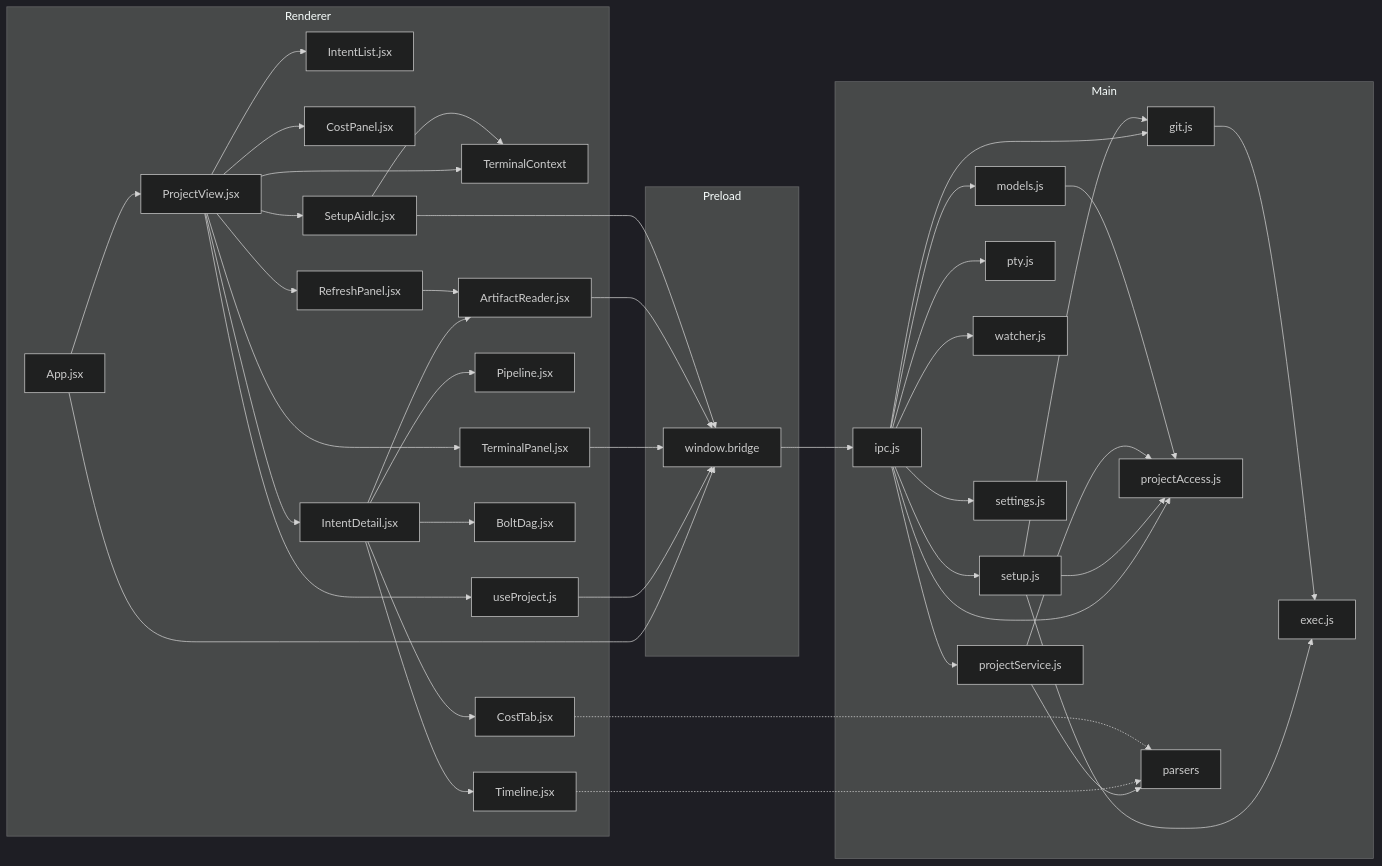
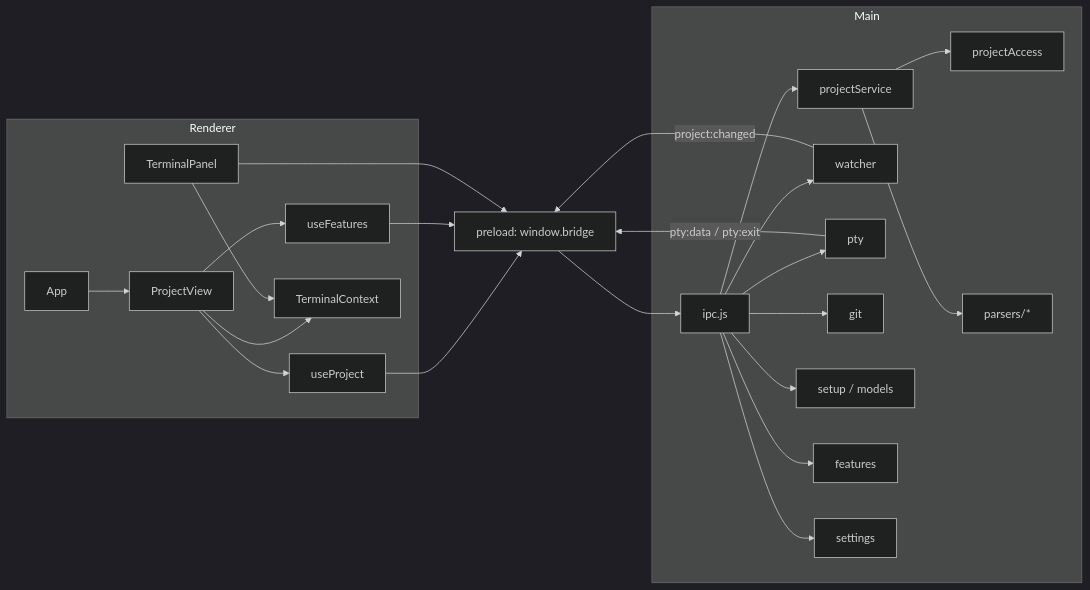
The second of 4 diagrams in aidlc/spaces/default/codekb/aidlc-dash/architecture.md (tochman/ai-dlc-thadeus), drawn with Mermaid (dark theme) before and after one commit. The commit also changed other lines of this file and 74 other files, not shown here.

````diff
--- a/aidlc/spaces/default/codekb/aidlc-dash/architecture.md
+++ b/aidlc/spaces/default/codekb/aidlc-dash/architecture.md
@@ -19,49 +49,28 @@
 ```mermaid
 flowchart LR
   subgraph Renderer
-    App[App.jsx] --> PV[ProjectView.jsx]
-    PV --> TC[TerminalContext]
-    PV --> UP[useProject.js]
-    PV --> IL[IntentList.jsx]
-    PV --> CP[CostPanel.jsx]
-    PV --> RP[RefreshPanel.jsx]
-    PV --> SA[SetupAidlc.jsx]
-    PV --> ID[IntentDetail.jsx]
-    PV --> TP[TerminalPanel.jsx]
-    ID --> PL[Pipeline.jsx]
-    ID --> TL[Timeline.jsx]
-    ID --> BD[BoltDag.jsx]
-    ID --> CT[CostTab.jsx]
-    ID --> AR[ArtifactReader.jsx]
-    RP --> AR
-    SA --> TC
+    App --> ProjectView
+    ProjectView --> useProject
+    ProjectView --> useFeatures
+    ProjectView --> TerminalContext
+    TerminalPanel --> TerminalContext
   end
-  subgraph Preload
-    BR[window.bridge]
+  Preload["preload: window.bridge"]
+  subgraph MainProc["Main"]
+    IPC["ipc.js"] --> PS["projectService"]
+    IPC --> W["watcher"]
+    IPC --> PTY["pty"]
+    IPC --> G["git"]
+    IPC --> S["setup / models"]
+    IPC --> F["features"]
+    IPC --> ST["settings"]
+    PS --> PA["projectAccess"]
+    PS --> P["parsers/*"]
   end
-  subgraph Main
-    IPC[ipc.js] --> PS[projectService.js]
-    IPC --> MD[models.js]
-    IPC --> PTY[pty.js]
-    IPC --> WT[watcher.js]
-    IPC --> ST[settings.js]
-    IPC --> GT[git.js]
-    IPC --> SU[setup.js]
-    IPC --> PA[projectAccess.js]
-    SU --> EX[exec.js]
-    SU --> GT
-    SU --> PA
-    GT --> EX
-    PS --> PA
-    MD --> PA
-    PS --> PR[parsers]
-  end
-  App --> BR
-  UP --> BR
-  TP --> BR
-  AR --> BR
-  SA --> BR
-  BR --> IPC
-  TL -.-> PR
-  CT -.-> PR
+  useProject --> Preload
+  useFeatures --> Preload
+  TerminalPanel --> Preload
+  Preload --> IPC
+  W -- "project:changed" --> Preload
+  PTY -- "pty:data / pty:exit" --> Preload
 ```
````
